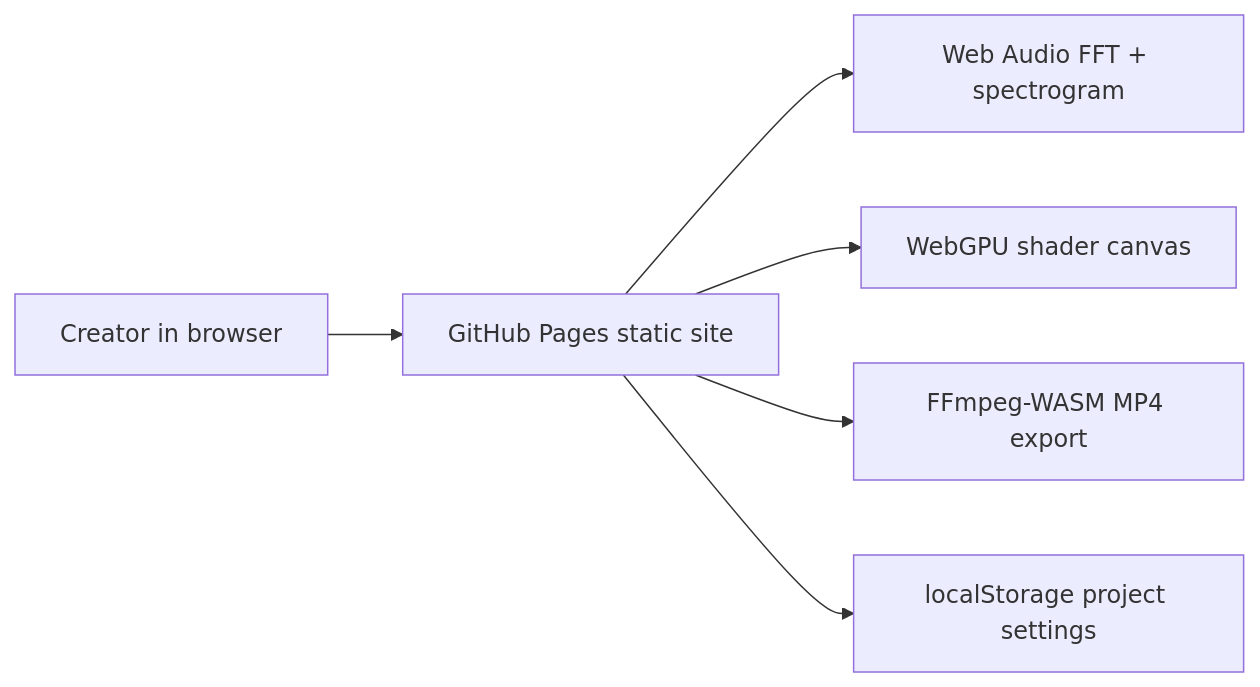
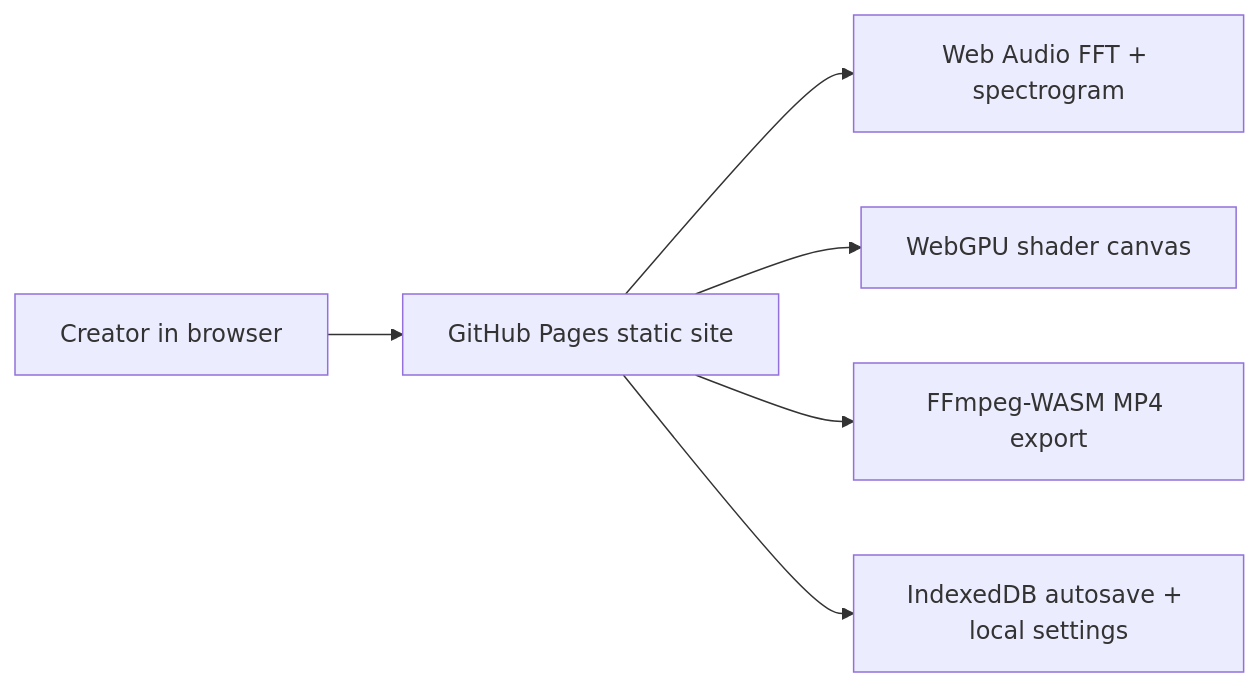
One commit to baditaflorin/shaderwave-studio changed the diagram in README.md. Above: the diagram before and after it, drawn with Mermaid. The commit also changed other lines of this file and 28 other files, not shown here.

````diff
--- a/README.md
+++ b/README.md
@@ -25,8 +48,8 @@
 ```mermaid
 flowchart LR
   User["Creator in browser"] --> Pages["GitHub Pages static site"]
   Pages --> Audio["Web Audio FFT + spectrogram"]
   Pages --> GPU["WebGPU shader canvas"]
   Pages --> FFmpeg["FFmpeg-WASM MP4 export"]
-  Pages --> Storage["localStorage project settings"]
+  Pages --> Storage["IndexedDB autosave + local settings"]
 ```
````
